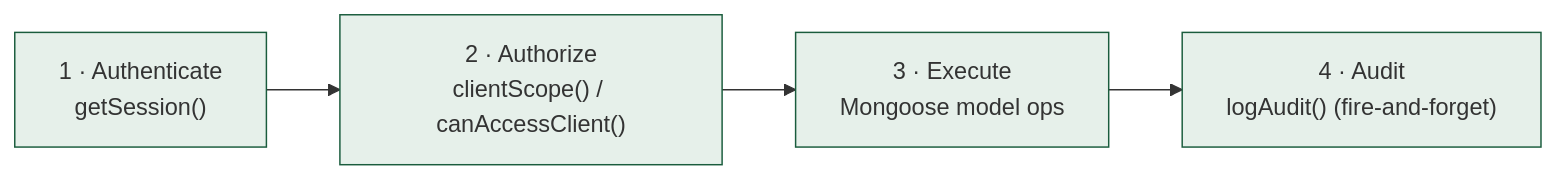
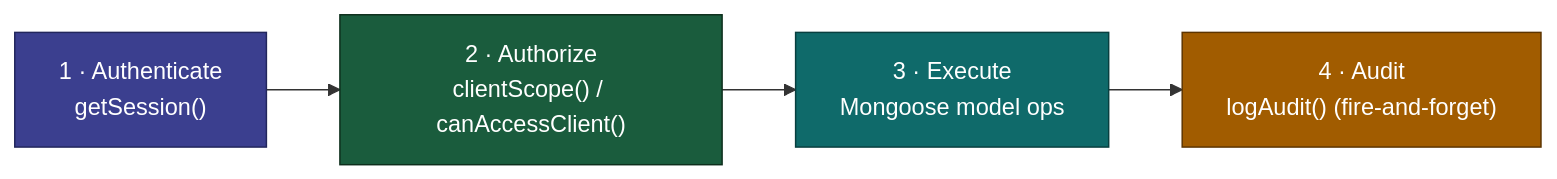
The second of 5 diagrams in README.md (Asim12312/Muhasib), drawn with Mermaid before and after one commit. The commit also changed other lines of this file, not shown here.

````diff
--- a/README.md
+++ b/README.md
@@ -80,11 +91,11 @@
 ```mermaid
 flowchart LR
     A["1 · Authenticate<br/>getSession()"] --> B["2 · Authorize<br/>clientScope() / canAccessClient()"]
     B --> C["3 · Execute<br/>Mongoose model ops"]
     C --> D["4 · Audit<br/>logAudit() (fire-and-forget)"]
 
-    style A fill:#e6f0ea,stroke:#1a5c3d
-    style B fill:#e6f0ea,stroke:#1a5c3d
-    style C fill:#e6f0ea,stroke:#1a5c3d
-    style D fill:#e6f0ea,stroke:#1a5c3d
+    style A fill:#3b3f8f,stroke:#22265c,color:#ffffff
+    style B fill:#1a5c3d,stroke:#0d2e1c,color:#ffffff
+    style C fill:#0f6a6a,stroke:#083f3f,color:#ffffff
+    style D fill:#a15c00,stroke:#5c3400,color:#ffffff
 ```
````
